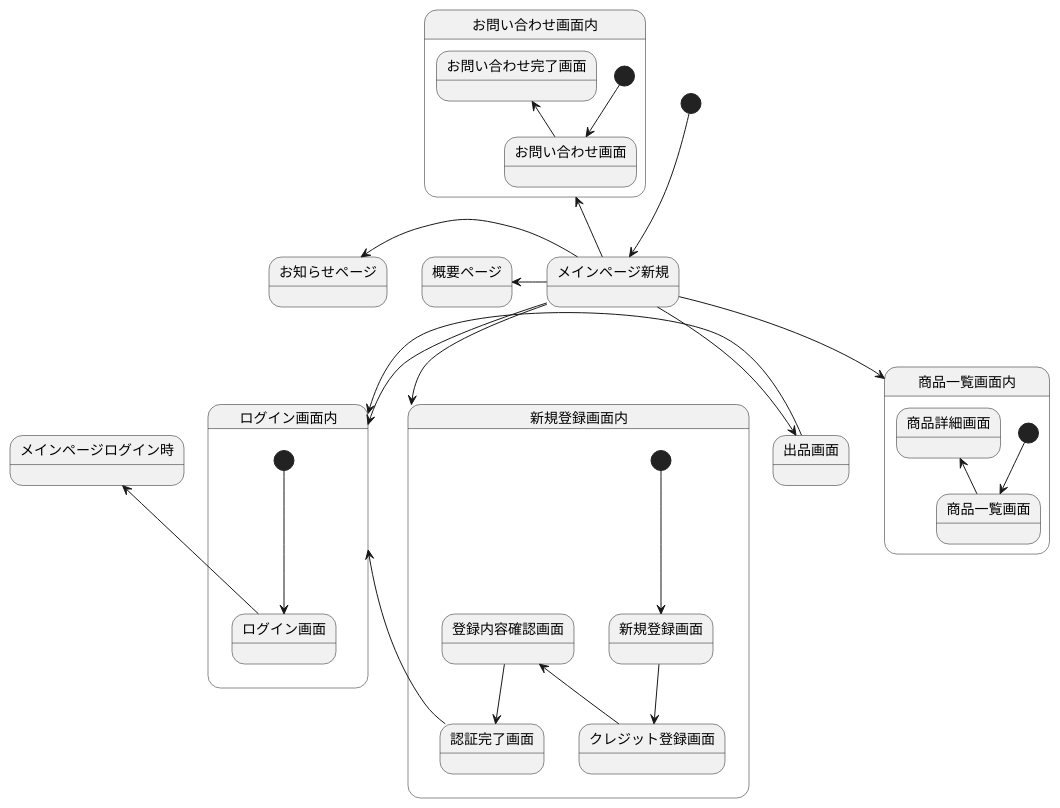
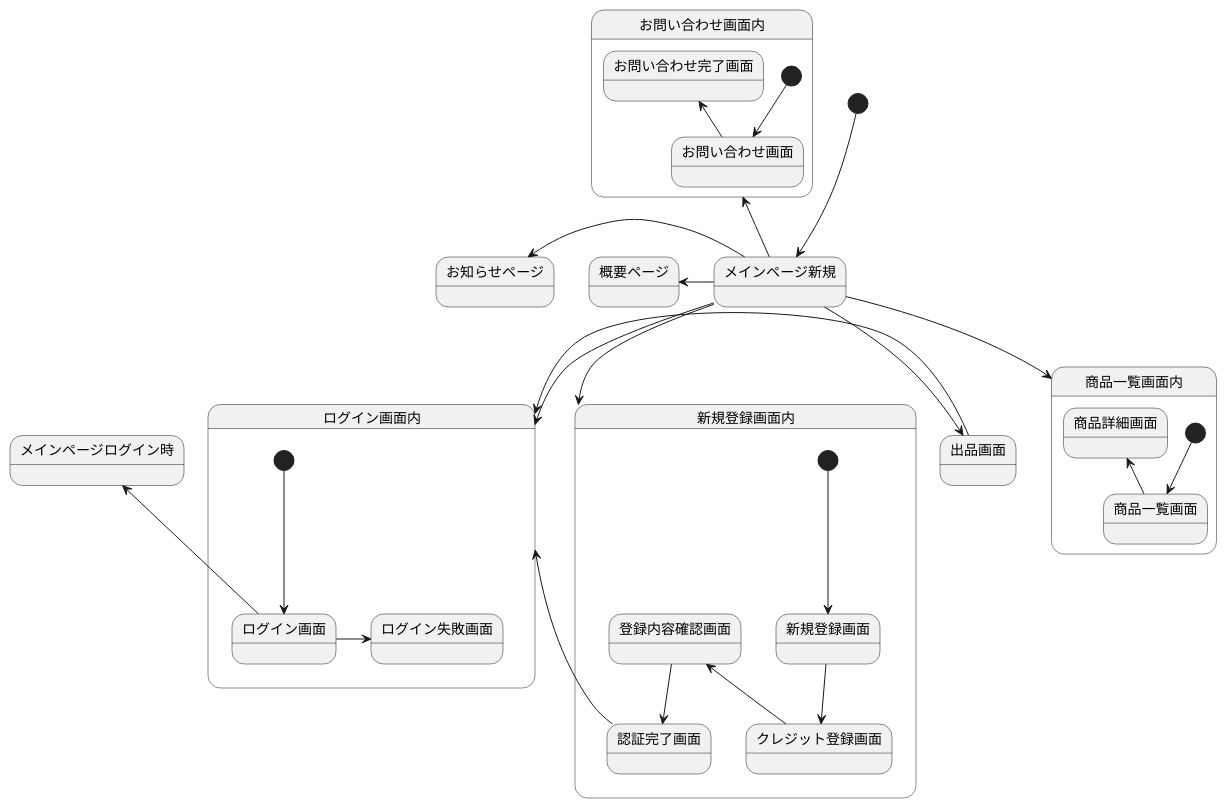
One commit to Aso2001147/2021SystemDesign changed the diagram in 画面遷移図.md. Above: the diagram before and after it, drawn with PlantUML.

````diff
--- a/画面遷移図.md
+++ b/画面遷移図.md
@@ -1,41 +1,42 @@
 ```uml
 @startuml
 [*] --> メインページ新規
 メインページ新規 -left-> 概要ページ
 メインページ新規 -up-> お問い合わせ画面内
 メインページ新規 -left-> お知らせページ
 メインページ新規 --> ログイン画面内
 メインページ新規 --> 商品一覧画面内
 メインページ新規 --> 新規登録画面内
 メインページ新規 -> 出品画面
 出品画面 -> ログイン画面内
 
 state 新規登録画面内{
 [*] --> 新規登録画面
 新規登録画面 -down-> クレジット登録画面
 クレジット登録画面 -up-> 登録内容確認画面
 登録内容確認画面 -down-> 認証完了画面
 認証完了画面 -up-> ログイン画面内
 }
 
 state ログイン画面内{
 [*] -down-> ログイン画面
+ログイン画面 -right-> ログイン失敗画面
 }
 
 ログイン画面 -up-> メインページログイン時
 
 state お問い合わせ画面内{
 [*] -down-> お問い合わせ画面
 お問い合わせ画面 -up-> お問い合わせ完了画面
 }
 
 state 商品一覧画面内{
 [*] -down-> 商品一覧画面
 商品一覧画面 -up-> 商品詳細画面
 }
 
 
 
 
 @enduml
 ```
````
